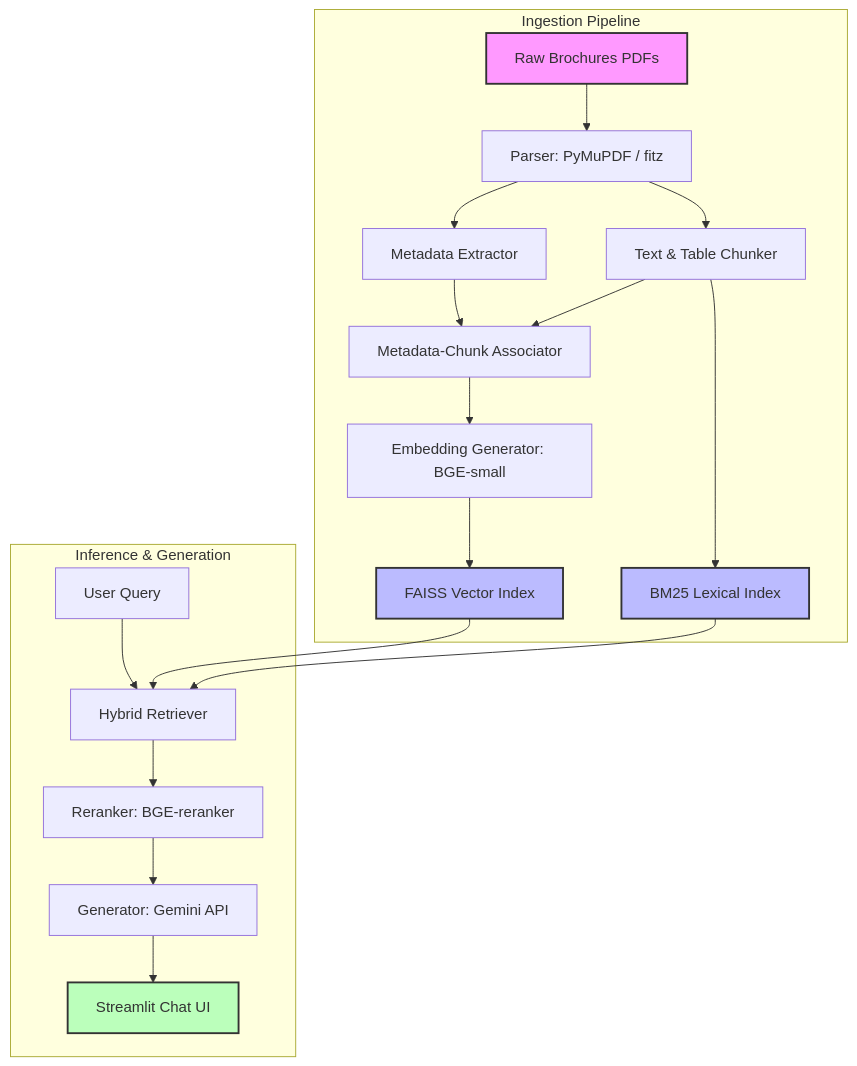
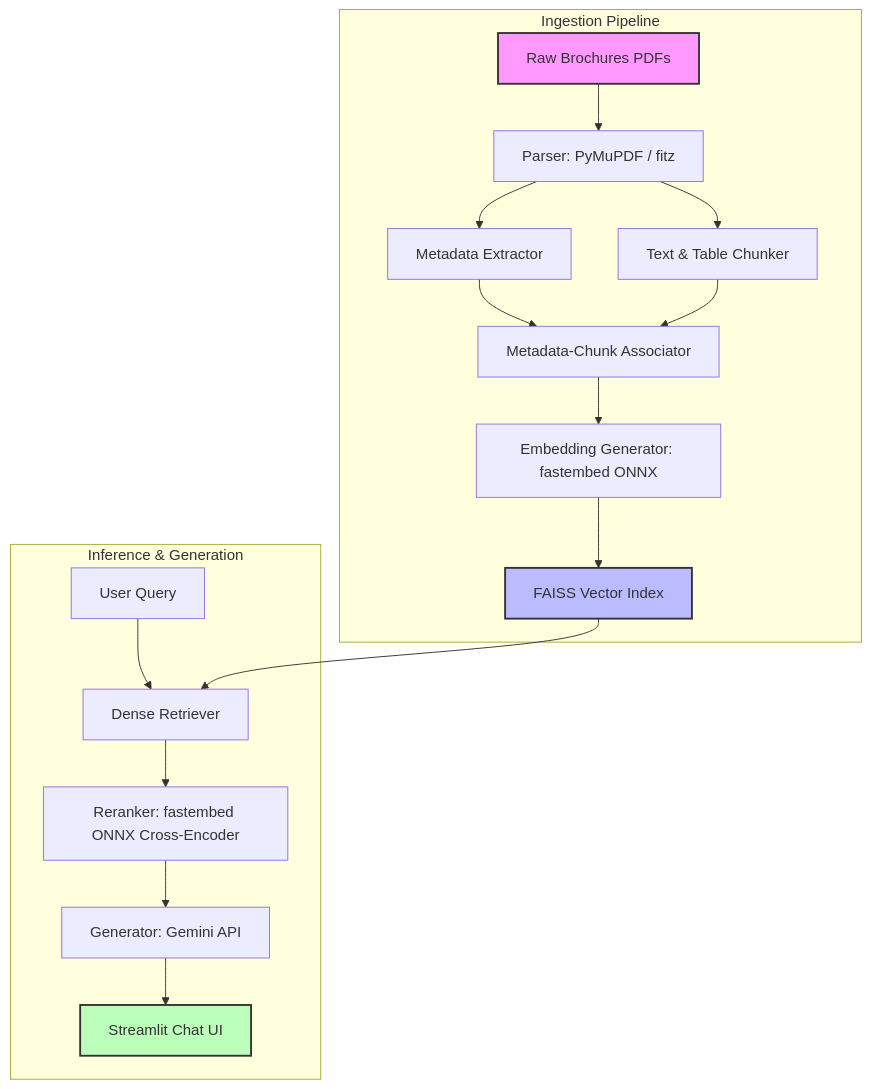
One commit to Shivjeet-Rai/CEI-Celebal-Excellence-Intern-DriveWise-project changed the diagram in README.md. Above: the diagram before and after it, drawn with Mermaid. The commit also changed other lines of this file and 1 other file, not shown here.

````diff
--- a/README.md
+++ b/README.md
@@ -21,29 +26,26 @@
 ```mermaid
 graph TD
     %% Ingestion Pipeline
     subgraph Ingestion Pipeline
         A[Raw Brochures PDFs] --> B[Parser: PyMuPDF / fitz]
         B --> C[Metadata Extractor]
         B --> D[Text & Table Chunker]
         C --> E[Metadata-Chunk Associator]
         D --> E
-        E --> F[Embedding Generator: BGE-small]
+        E --> F[Embedding Generator: fastembed ONNX]
         F --> G[FAISS Vector Index]
-        D --> H[BM25 Lexical Index]
     end
 
     %% Inference Pipeline
     subgraph Inference & Generation
-        I[User Query] --> J[Hybrid Retriever]
+        I[User Query] --> J[Dense Retriever]
         G --> J
-        H --> J
-        J --> K[Reranker: BGE-reranker]
+        J --> K[Reranker: fastembed ONNX Cross-Encoder]
         K --> L[Generator: Gemini API]
         L --> M[Streamlit Chat UI]
     end
 
     style A fill:#f9f,stroke:#333,stroke-width:2px
     style G fill:#bbf,stroke:#333,stroke-width:2px
-    style H fill:#bbf,stroke:#333,stroke-width:2px
     style M fill:#bfb,stroke:#333,stroke-width:2px
 ```
````
